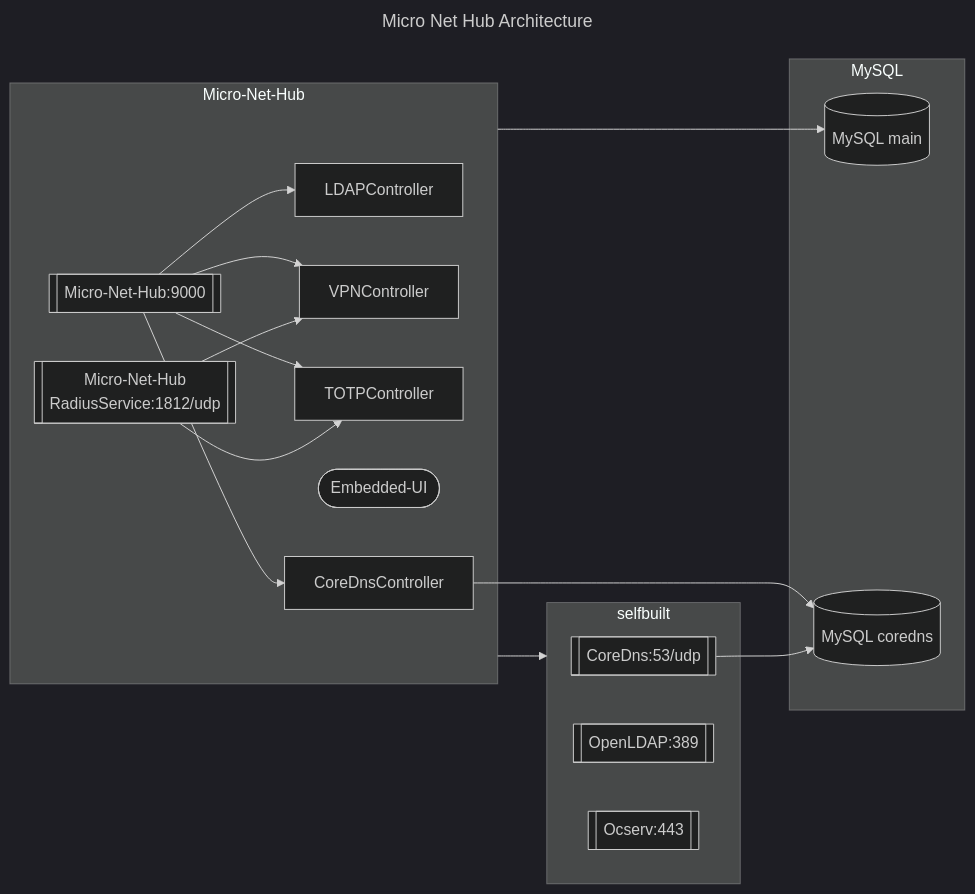
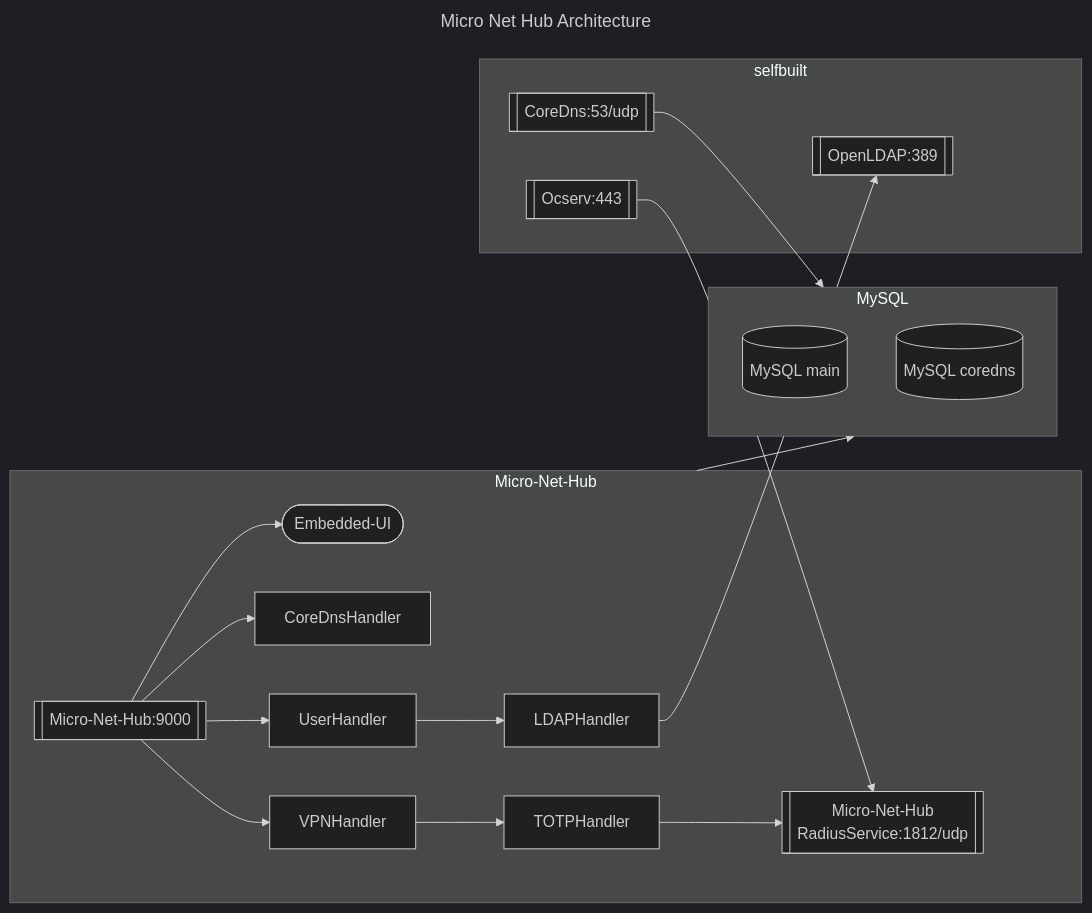
The first of 2 diagrams in README.md (bagechashu/micro-net-hub), drawn with Mermaid (dark theme) before and after one commit. The commit also changed other lines of this file and 15 other files, not shown here.

Commit message:
refactor: change project name to micro-net-hub

````diff
--- a/README.md
+++ b/README.md
@@ -26,35 +26,38 @@
 ```mermaid
 ---
 title: Micro Net Hub Architecture
 ---
 flowchart LR
-  %% Main
+  %% Service provide by Micro-Net-Hub
   subgraph Micro-Net-Hub
-    %% Service provide by Micro-Net-Hub
     main[[Micro-Net-Hub:9000]]
     radius[[Micro-Net-Hub<br>RadiusService:1812/udp]]
+    ui([Embedded-UI])
 
     %% Architecture
-    main --> CoreDnsController & LDAPController & VPNController & TOTPController
-    radius --> VPNController & TOTPController
-    ui([Embedded-UI])
+    main --> ui
+    main --> CoreDnsHandler & UserHandler & VPNHandler
+    UserHandler --> LDAPHandler
+    TOTPHandler --> radius
+    VPNHandler --> TOTPHandler
   end
-  Micro-Net-Hub ---> selfbuilt
-  Micro-Net-Hub --> mysql-main 
-  CoreDnsController --> mysql-coredns
-  coredns --> mysql-coredns
+  Micro-Net-Hub --> MySQL
+  coredns --> MySQL
+  LDAPHandler --> openldap
+  ocserv --> radius
 
   %% Service provide by third-party, need deployed by yourself.
   subgraph selfbuilt
    openldap[[OpenLDAP:389]]
    ocserv[[Ocserv:443]]
    coredns[[CoreDns:53/udp]]
   end
 
   %% Database
   subgraph MySQL
+    mysql-main[(MySQL main)]
     mysql-coredns[(MySQL coredns)]
-    mysql-main[(MySQL main)]
   end
 
+
 ```
````
